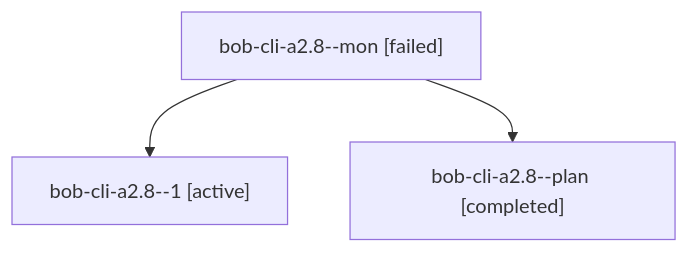
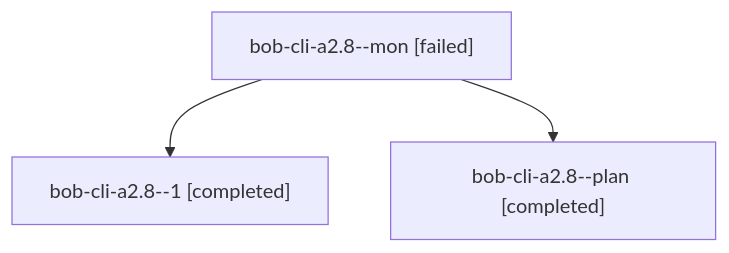
One commit to bobs-org/bob-cli--agents changed the diagram in sessions/bbugyi200.athena.bob-cli-a2.8.md. Above: the diagram before and after it, drawn with Mermaid. The commit also changed other lines of this file and 36 other files, not shown here.

````diff
--- a/sessions/bbugyi200.athena.bob-cli-a2.8.md
+++ b/sessions/bbugyi200.athena.bob-cli-a2.8.md
@@ -9,8 +9,8 @@
 ```mermaid
 flowchart TD
   n0["bob-cli-a2.8--mon [failed]"]
-  n1["bob-cli-a2.8--1 [active]"]
+  n1["bob-cli-a2.8--1 [completed]"]
   n0 --> n1
   n2["bob-cli-a2.8--plan [completed]"]
   n0 --> n2
 ```
````
